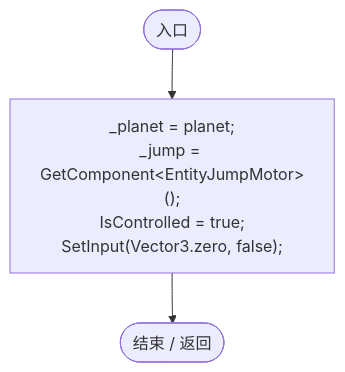
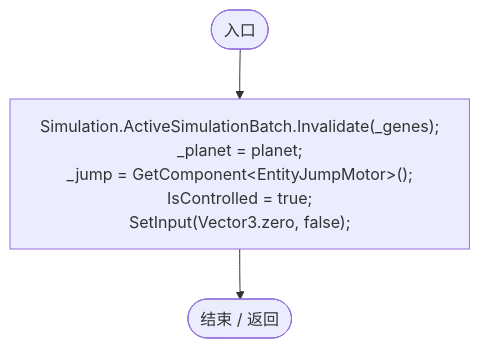
One commit to xhs6666/Darwin_paradise changed diagram 16 of 20 in Docs/运行流程图/脚本/a6969896da35e1f0.md. Above: the diagram before and after it, drawn with Mermaid. The commit also changed other lines of this file and 240 other files, not shown here.

Commit message:
Optimize active simulation and streamline rule and gene controls

````diff
--- a/Docs/运行流程图/脚本/a6969896da35e1f0.md
+++ b/Docs/运行流程图/脚本/a6969896da35e1f0.md
@@ -359,9 +359,9 @@
 ```mermaid
 flowchart TD
   b0(["入口"])
-  b1["_planet = planet;<br/>_jump = GetComponent&lt;EntityJumpMotor&gt;();<br/>IsControlled = true;<br/>SetInput(Vector3.zero, false);"]
+  b1["Simulation.ActiveSimulationBatch.Invalidate(_genes);<br/>_planet = planet;<br/>_jump = GetComponent&lt;EntityJumpMotor&gt;();<br/>IsControlled = true;<br/>SetInput(Vector3.zero, false);"]
   b2(["结束 / 返回"])
   b0 --> b1
   b1 --> b2
 
 ```
````
